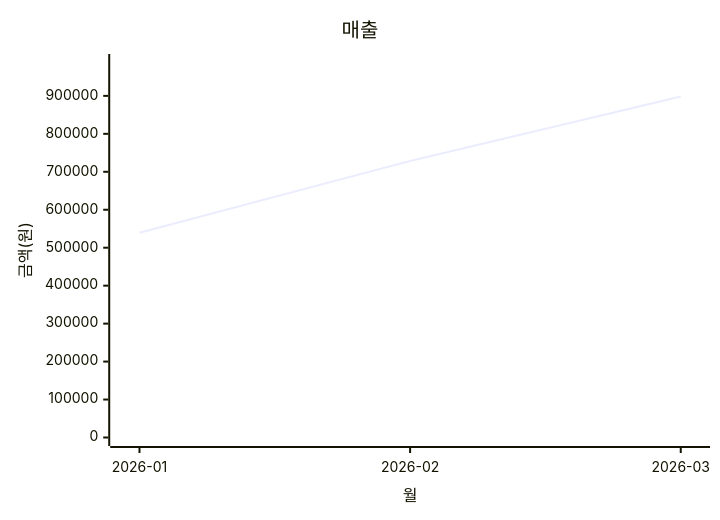
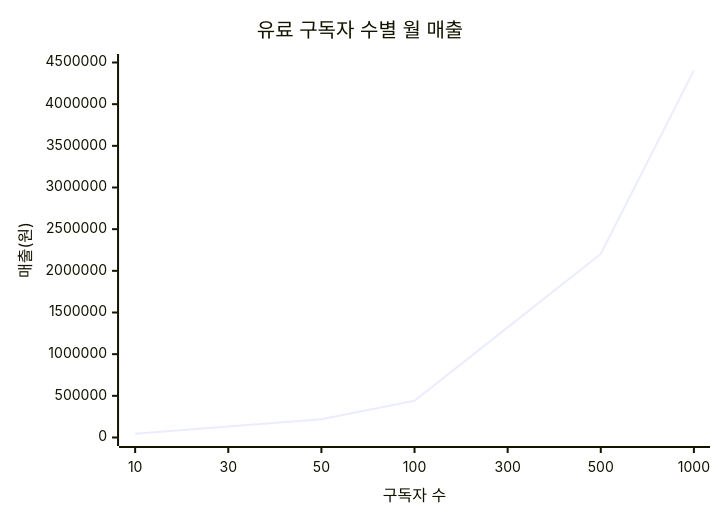
One commit to Dohwon/260322_polite_message_extension changed the first of 3 diagrams in BUSINESS_REPORT_PRIVATE.md. Above: the diagram before and after it, drawn with Mermaid. The commit also changed other lines of this file and 4 other files, not shown here.

````diff
--- a/BUSINESS_REPORT_PRIVATE.md
+++ b/BUSINESS_REPORT_PRIVATE.md
@@ -93,7 +169,7 @@
 ```mermaid
 xychart-beta
-  title "매출"
-  x-axis "월" [2026-01,2026-02,2026-03]
-  y-axis "금액(원)" 0 --> 987911
-  line [539200.0,728600.0,898100.0]
+  title "유료 구독자 수별 월 매출"
+  x-axis "구독자 수" [10,30,50,100,300,500,1000]
+  y-axis "매출(원)" 0 --> 4500000
+  line [44050,132150,220250,440500,1321500,2202500,4405000]
 ```
````
